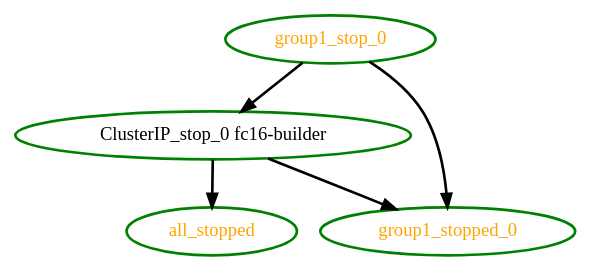
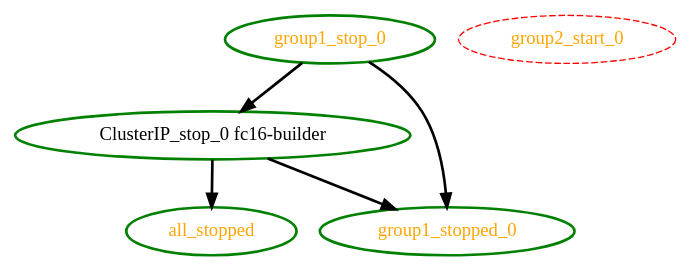
Before and after one commit to ClusterLabs/pacemaker: the diagram in pengine/test10/bug-5014-GROUP-A-stopped-B-started.dot, drawn with Graphviz. The commit also changed 2 other files, not shown here.

```diff
--- a/pengine/test10/bug-5014-GROUP-A-stopped-B-started.dot
+++ b/pengine/test10/bug-5014-GROUP-A-stopped-B-started.dot
@@ -1,10 +1,11 @@
 digraph "g" {
 "ClusterIP_stop_0 fc16-builder" -> "all_stopped" [ style = bold]
 "ClusterIP_stop_0 fc16-builder" -> "group1_stopped_0" [ style = bold]
 "ClusterIP_stop_0 fc16-builder" [ style=bold color="green" fontcolor="black"]
 "all_stopped" [ style=bold color="green" fontcolor="orange"]
 "group1_stop_0" -> "ClusterIP_stop_0 fc16-builder" [ style = bold]
 "group1_stop_0" -> "group1_stopped_0" [ style = bold]
 "group1_stop_0" [ style=bold color="green" fontcolor="orange"]
 "group1_stopped_0" [ style=bold color="green" fontcolor="orange"]
+"group2_start_0" [ style=dashed color="red" fontcolor="orange"]
 }
```
